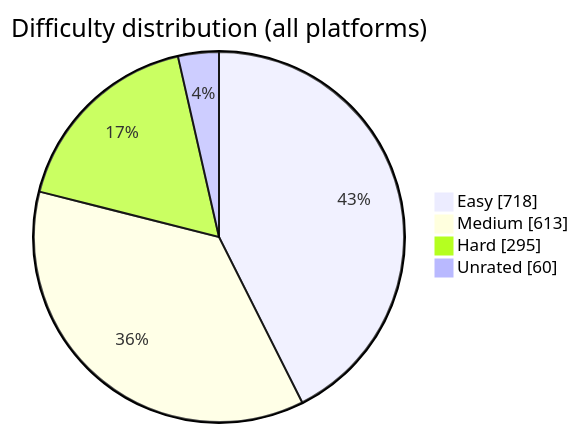
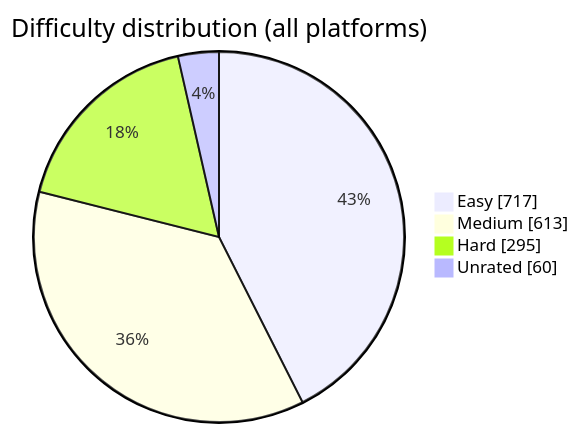
One commit to BuildbyArindam/Daily-Coding-Log changed the diagram in README.md. Above: the diagram before and after it, drawn with Mermaid. The commit also changed other lines of this file, not shown here.

````diff
--- a/README.md
+++ b/README.md
@@ -93,7 +93,7 @@
 ```mermaid
 pie showData title Difficulty distribution (all platforms)
-    "Easy" : 718
+    "Easy" : 717
     "Medium" : 613
     "Hard" : 295
     "Unrated" : 60
 ```
````
